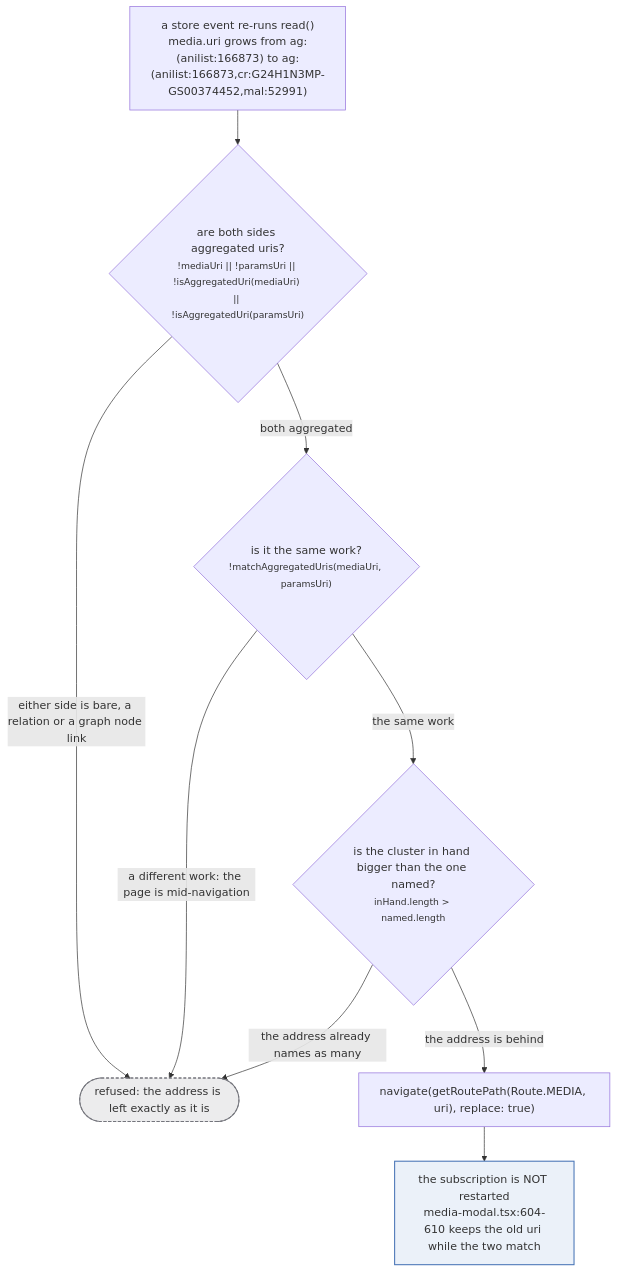
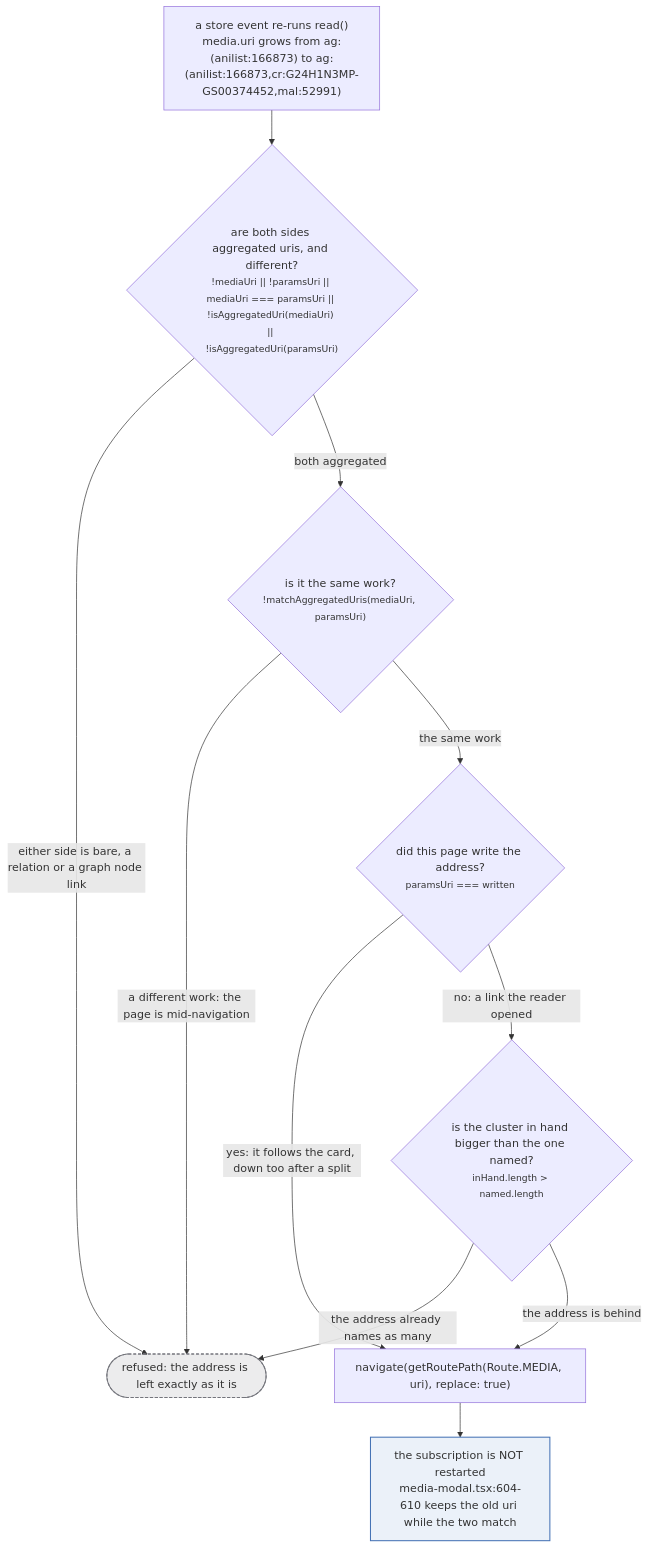
One commit to banou26/stub changed the fourth of 4 diagrams in docs/src/content/docs/request/page-to-worker.md. Above: the diagram before and after it, drawn with Mermaid. The commit also changed other lines of this file and 20 other files, not shown here.

Commit message:
fix: 🐛a card's address drops the rows a split took away from it

````diff
--- a/docs/src/content/docs/request/page-to-worker.md
+++ b/docs/src/content/docs/request/page-to-worker.md
@@ -311,24 +311,27 @@
 ```mermaid
 flowchart TD
   A["a store event re-runs read()<br/>media.uri grows from ag:(anilist:166873) to ag:(anilist:166873,cr:G24H1N3MP-GS00374452,mal:52991)"]
-  B{"are both sides aggregated uris?<br/><small>!mediaUri || !paramsUri || !isAggregatedUri(mediaUri) || !isAggregatedUri(paramsUri)</small>"}
+  B{"are both sides aggregated uris, and different?<br/><small>!mediaUri || !paramsUri || mediaUri === paramsUri || !isAggregatedUri(mediaUri) || !isAggregatedUri(paramsUri)</small>"}
   C{"is it the same work?<br/><small>!matchAggregatedUris(mediaUri, paramsUri)</small>"}
+  W{"did this page write the address?<br/><small>paramsUri === written</small>"}
   D{"is the cluster in hand bigger than the one named?<br/><small>inHand.length &gt; named.length</small>"}
   E["navigate(getRoutePath(Route.MEDIA, uri), replace: true)"]
   F(["refused: the address is left exactly as it is"])
   G["the subscription is NOT restarted<br/>media-modal.tsx:604-610 keeps the old uri while the two match"]
   A --> B
   B -->|"either side is bare, a relation or a graph node link"| F
   B -->|"both aggregated"| C
   C -->|"a different work: the page is mid-navigation"| F
-  C -->|"the same work"| D
+  C -->|"the same work"| W
+  W -->|"yes: it follows the card, down too after a split"| E
+  W -->|"no: a link the reader opened"| D
   D -->|"the address already names as many"| F
   D -->|"the address is behind"| E
   E --> G
   classDef irrev fill:#e0796f22,stroke:#c9564a,stroke-width:1.5px
   classDef ratchet fill:#f2b45c22,stroke:#b8801f,stroke-width:1.5px
   classDef view fill:#6b95cd22,stroke:#4572b5,stroke-width:1.5px
   classDef refuse fill:#74757c22,stroke:#74757c,stroke-width:1.5px,stroke-dasharray:4 3
   class F refuse
   class G view
 ```
````
